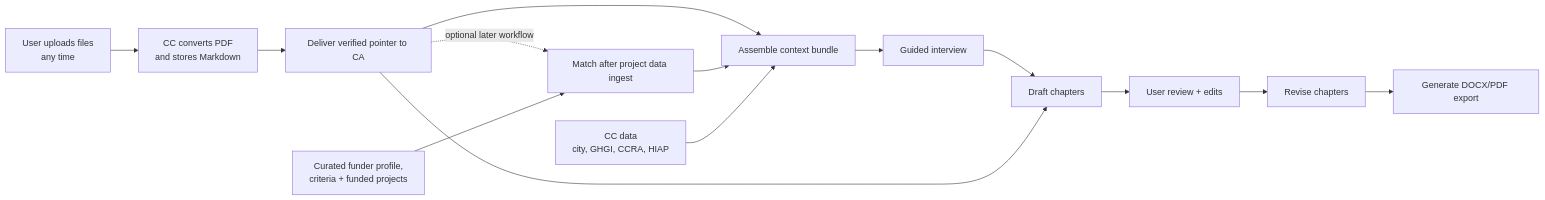
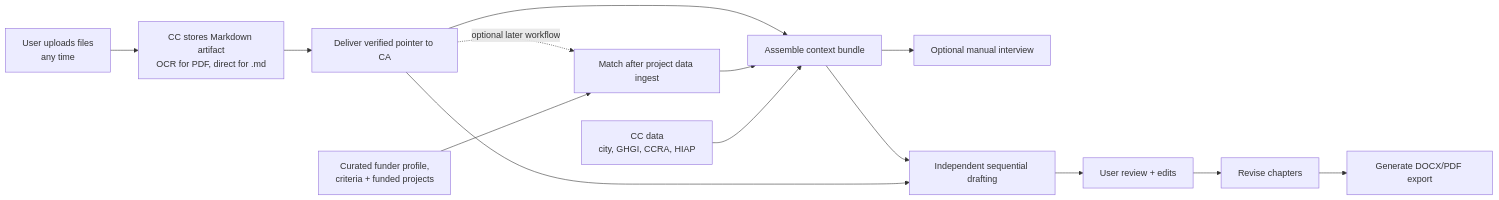
The second of 14 diagrams in docs/ConceptNoteBuilderArchitecture.md (Open-Earth-Foundation/CityCatalyst), drawn with Mermaid before and after one commit. The commit also changed other lines of this file and 39 other files, not shown here.

````diff
--- a/docs/ConceptNoteBuilderArchitecture.md
+++ b/docs/ConceptNoteBuilderArchitecture.md
@@ -191,20 +190,20 @@
 ```mermaid
 flowchart LR
     Context["Assemble context bundle"]
-    Context --> Interview["Guided interview"]
-    Interview --> Draft["Draft chapters"]
+    Context --> Interview["Optional manual interview"]
+    Context --> Draft["Independent sequential drafting"]
     Draft --> Review["User review + edits"]
     Review --> Revise["Revise chapters"]
     Revise --> Export["Generate DOCX/PDF export"]
 
-    Upload["User uploads files<br/>any time"] --> Convert["CC converts PDF<br/>and stores Markdown"]
+    Upload["User uploads files<br/>any time"] --> Convert["CC stores Markdown artifact<br/>OCR for PDF, direct for .md"]
     Convert --> Ingest["Deliver verified pointer to CA"]
     Ingest --> Context
     Ingest --> Draft
 
     Ingest -. optional later workflow .-> Match["Match after project data ingest"]
     Research["Curated funder profile,<br/>criteria + funded projects"] --> Match
     Match --> Context
 
     CCData["CC data<br/>city, GHGI, CCRA, HIAP"] --> Context
 ```
````
